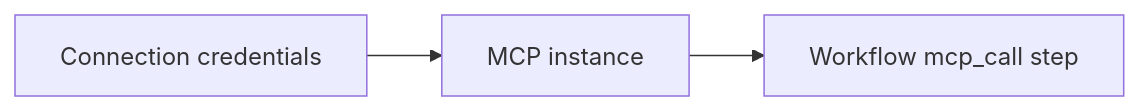
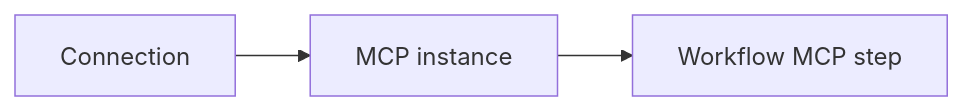
Before and after one commit to agentruntime-io/agentruntime-docs: the diagram in integrations/quickstart.mdx, drawn with Mermaid. The commit also changed other lines of this file and 180 other files, not shown here.

````diff
--- a/integrations/quickstart.mdx
+++ b/integrations/quickstart.mdx
@@ -20,5 +17,5 @@
 ```mermaid
 flowchart LR
-  Conn[Connection credentials] --> Inst[MCP instance]
-  Inst --> Step[Workflow mcp_call step]
+  Conn[Connection] --> Inst[MCP instance]
+  Inst --> Step[Workflow MCP step]
 ```
````
